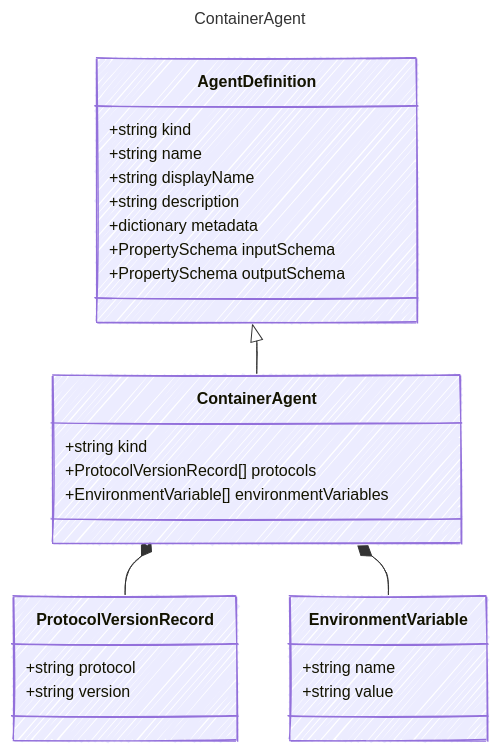
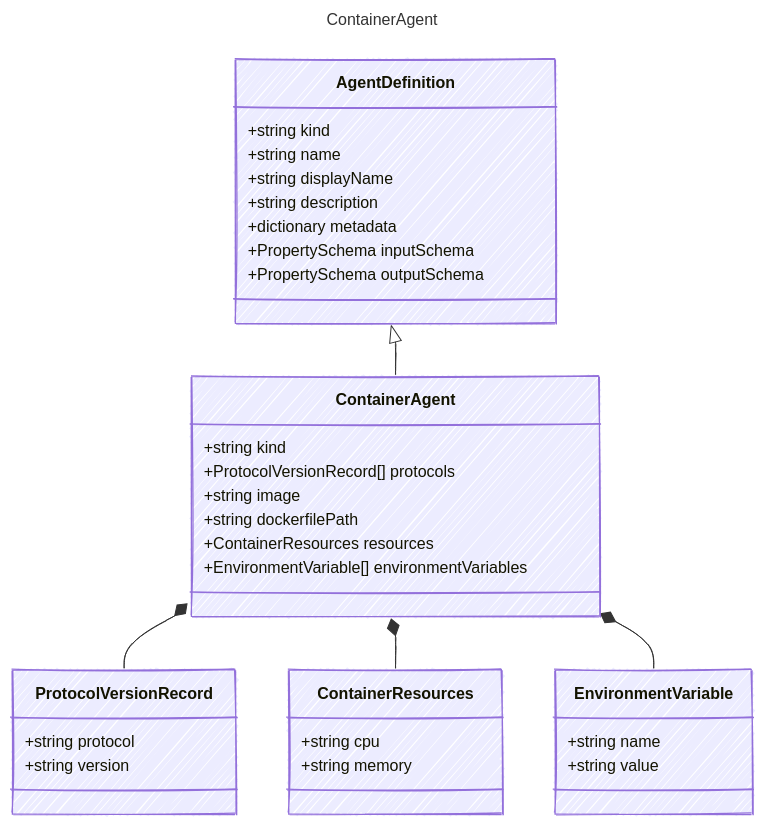
Before and after one commit to microsoft/AgentSchema: the diagram in docs/src/content/docs/reference/ContainerAgent.md, drawn with Mermaid. The commit also changed other lines of this file and 25 other files, not shown here.

First line of the commit message:
Add ContainerResources and image to ContainerAgent (#50)

````diff
--- a/docs/src/content/docs/reference/ContainerAgent.md
+++ b/docs/src/content/docs/reference/ContainerAgent.md
@@ -13,37 +13,45 @@
 ```mermaid
 ---
 title: ContainerAgent
 config:
   look: handDrawn
   theme: colorful
   class:
     hideEmptyMembersBox: true
 ---
 classDiagram
     class AgentDefinition {
         +string kind
         +string name
         +string displayName
         +string description
         +dictionary metadata
         +PropertySchema inputSchema
         +PropertySchema outputSchema
     }
     AgentDefinition <|-- ContainerAgent
     class ContainerAgent {
       
         +string kind
         +ProtocolVersionRecord[] protocols
+        +string image
+        +string dockerfilePath
+        +ContainerResources resources
         +EnvironmentVariable[] environmentVariables
     }
     class ProtocolVersionRecord {
         +string protocol
         +string version
     }
     ContainerAgent *-- ProtocolVersionRecord
+    class ContainerResources {
+        +string cpu
+        +string memory
+    }
+    ContainerAgent *-- ContainerResources
     class EnvironmentVariable {
         +string name
         +string value
     }
     ContainerAgent *-- EnvironmentVariable
 ```
````
